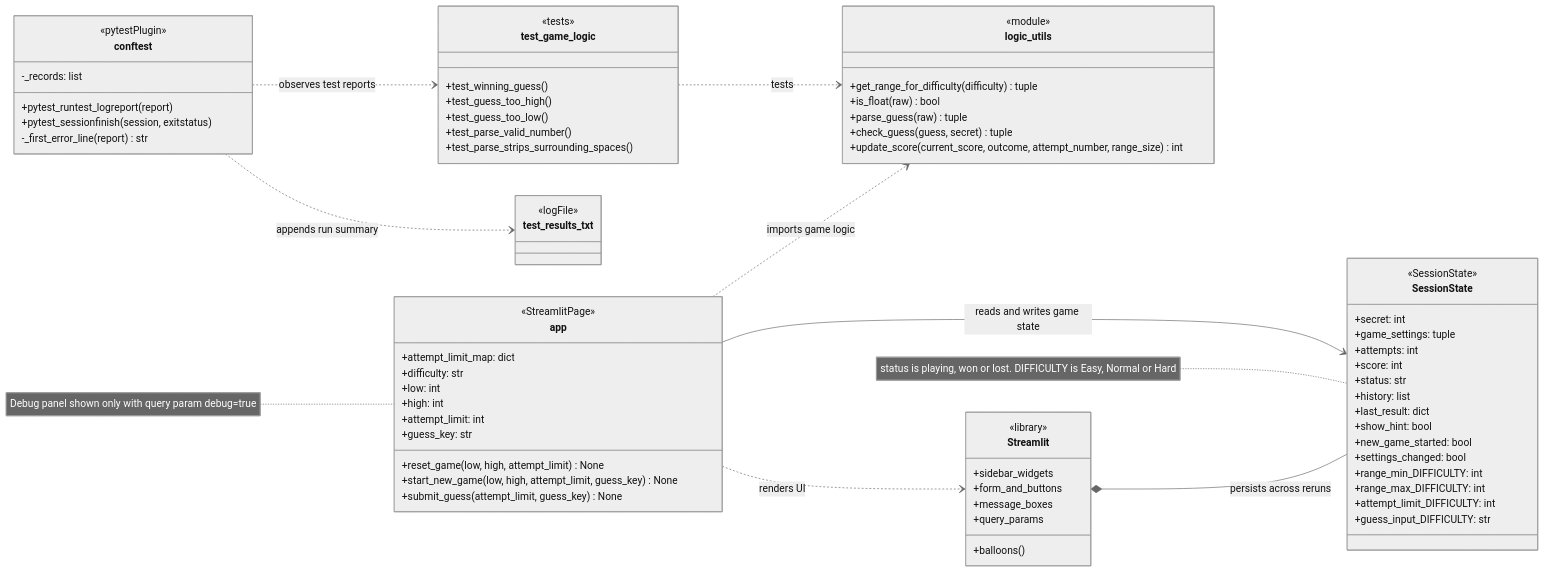
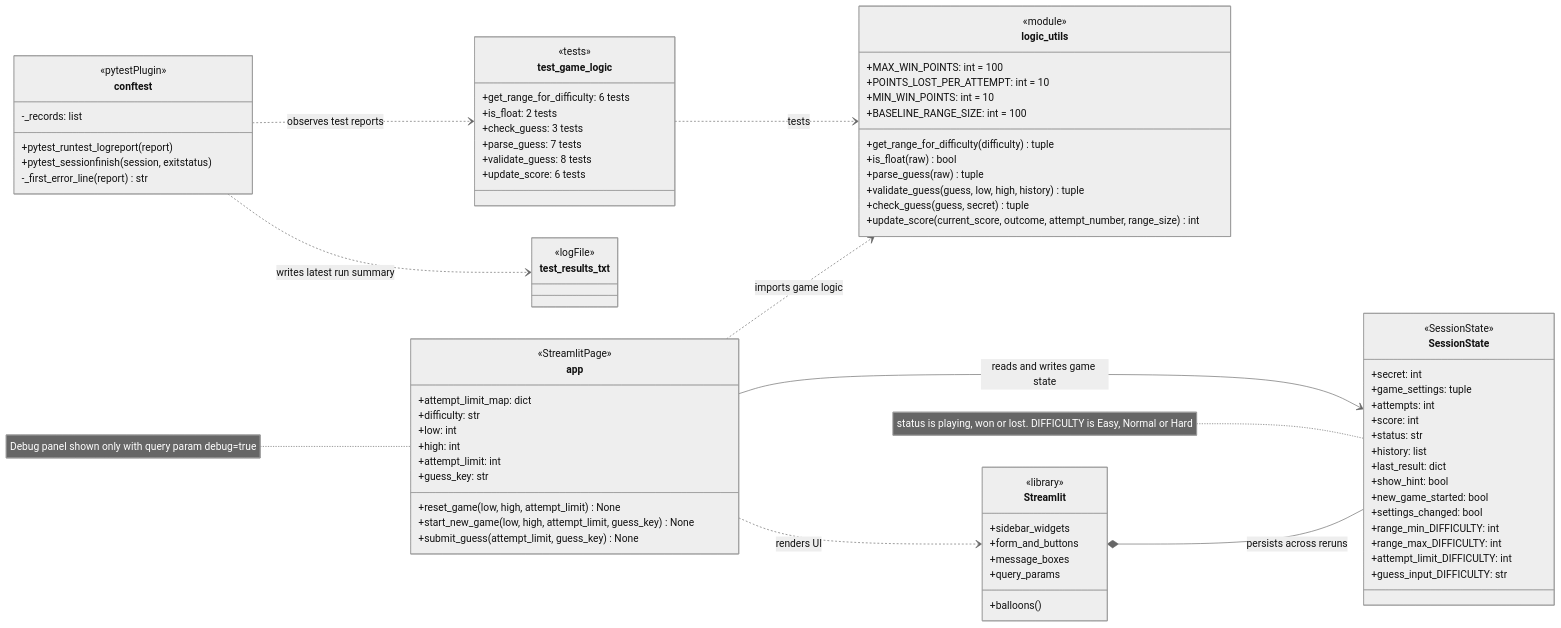
One commit to BronsonChow/Applied-AI-Glitchy-Guesser changed the diagram in diagrams/architecture.mmd. Above: the diagram before and after it, drawn with Mermaid (neutral theme). The commit also changed 9 other files, not shown here.

First line of the commit message:
refactor: extract guess validation, name scoring constants, expand tests

```diff
--- a/diagrams/architecture.mmd
+++ b/diagrams/architecture.mmd
@@ -1,83 +1,89 @@
 classDiagram
     direction LR
 
     class app {
         <<StreamlitPage>>
         +attempt_limit_map: dict
         +difficulty: str
         +low: int
         +high: int
         +attempt_limit: int
         +guess_key: str
         +reset_game(low, high, attempt_limit) None
         +start_new_game(low, high, attempt_limit, guess_key) None
         +submit_guess(attempt_limit, guess_key) None
     }
 
     class logic_utils {
         <<module>>
+        +MAX_WIN_POINTS: int = 100
+        +POINTS_LOST_PER_ATTEMPT: int = 10
+        +MIN_WIN_POINTS: int = 10
+        +BASELINE_RANGE_SIZE: int = 100
         +get_range_for_difficulty(difficulty) tuple
         +is_float(raw) bool
         +parse_guess(raw) tuple
+        +validate_guess(guess, low, high, history) tuple
         +check_guess(guess, secret) tuple
         +update_score(current_score, outcome, attempt_number, range_size) int
     }
 
     class SessionState {
         <<SessionState>>
         +secret: int
         +game_settings: tuple
         +attempts: int
         +score: int
         +status: str
         +history: list
         +last_result: dict
         +show_hint: bool
         +new_game_started: bool
         +settings_changed: bool
         +range_min_DIFFICULTY: int
         +range_max_DIFFICULTY: int
         +attempt_limit_DIFFICULTY: int
         +guess_input_DIFFICULTY: str
     }
 
     class Streamlit {
         <<library>>
         +sidebar_widgets
         +form_and_buttons
         +message_boxes
         +query_params
         +balloons()
     }
 
     class test_game_logic {
         <<tests>>
-        +test_winning_guess()
-        +test_guess_too_high()
-        +test_guess_too_low()
-        +test_parse_valid_number()
-        +test_parse_strips_surrounding_spaces()
+        +get_range_for_difficulty: 6 tests
+        +is_float: 2 tests
+        +check_guess: 3 tests
+        +parse_guess: 7 tests
+        +validate_guess: 8 tests
+        +update_score: 6 tests
     }
 
     class conftest {
         <<pytestPlugin>>
         -_records: list
         +pytest_runtest_logreport(report)
         +pytest_sessionfinish(session, exitstatus)
         -_first_error_line(report) str
     }
 
     class test_results_txt {
         <<logFile>>
     }
 
     app ..> logic_utils : imports game logic
     app --> SessionState : reads and writes game state
     app ..> Streamlit : renders UI
     Streamlit *-- SessionState : persists across reruns
     test_game_logic ..> logic_utils : tests
     conftest ..> test_game_logic : observes test reports
-    conftest ..> test_results_txt : appends run summary
+    conftest ..> test_results_txt : writes latest run summary
 
     note for SessionState "status is playing, won or lost. DIFFICULTY is Easy, Normal or Hard"
     note for app "Debug panel shown only with query param debug=true"
```
